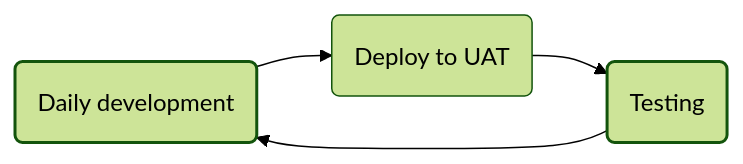
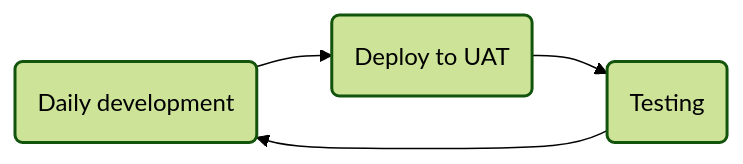
The first of 3 diagrams in Development/Processes/Daily development.md (spectrum-health-systems/tingen-documentation), drawn with Mermaid (forest theme) before and after one commit.

Commit message:
Update Daily development.md

````diff
--- a/Development/Processes/Daily development.md
+++ b/Development/Processes/Daily development.md
@@ -8,9 +8,9 @@
 ```mermaid
 flowchart LR
-  DailyDevelopment("Daily development") --> DeployToUAT("Deploy to UAT")
-  DeployToUAT --> Testing("Testing") 
+  DailyDevelopment("Daily development") --> DeployToUat("Deploy to UAT")
+  DeployToUat --> Testing("Testing") 
   Testing --> DailyDevelopment
 
   classDef nodes stroke-width:2px;
   class DailyDevelopment,DeployToUat,Testing nodes;
 ```
````
